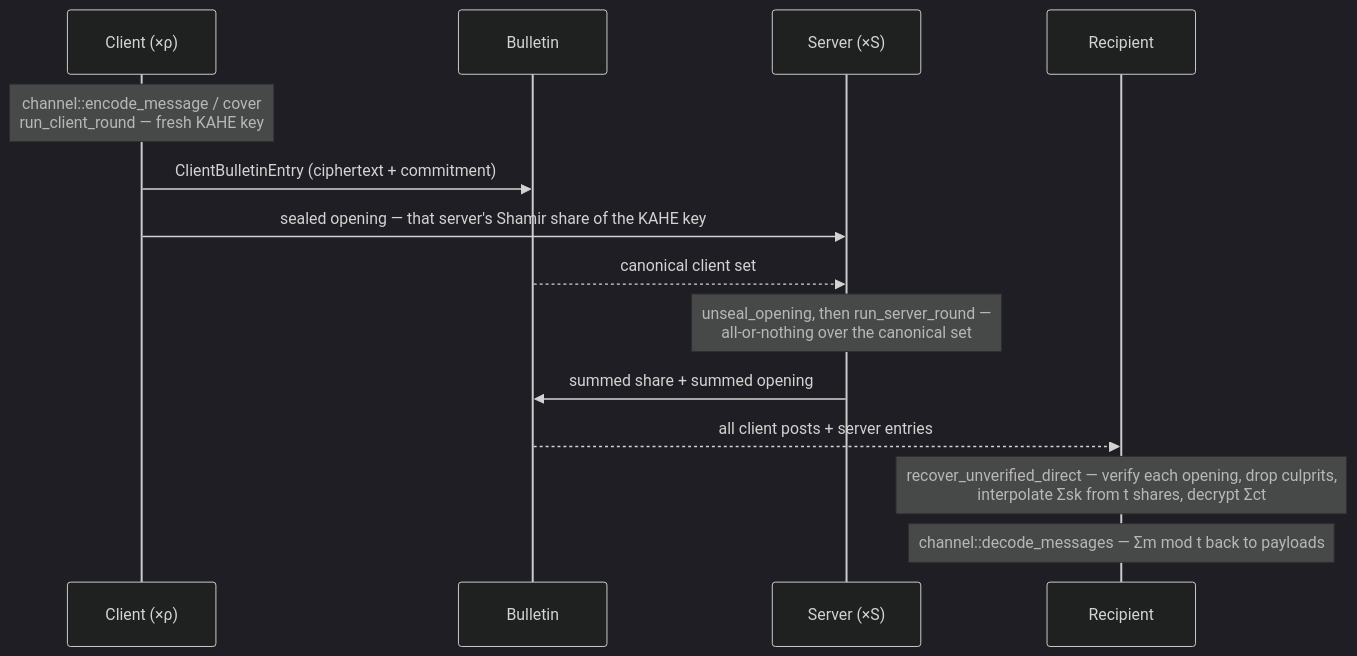
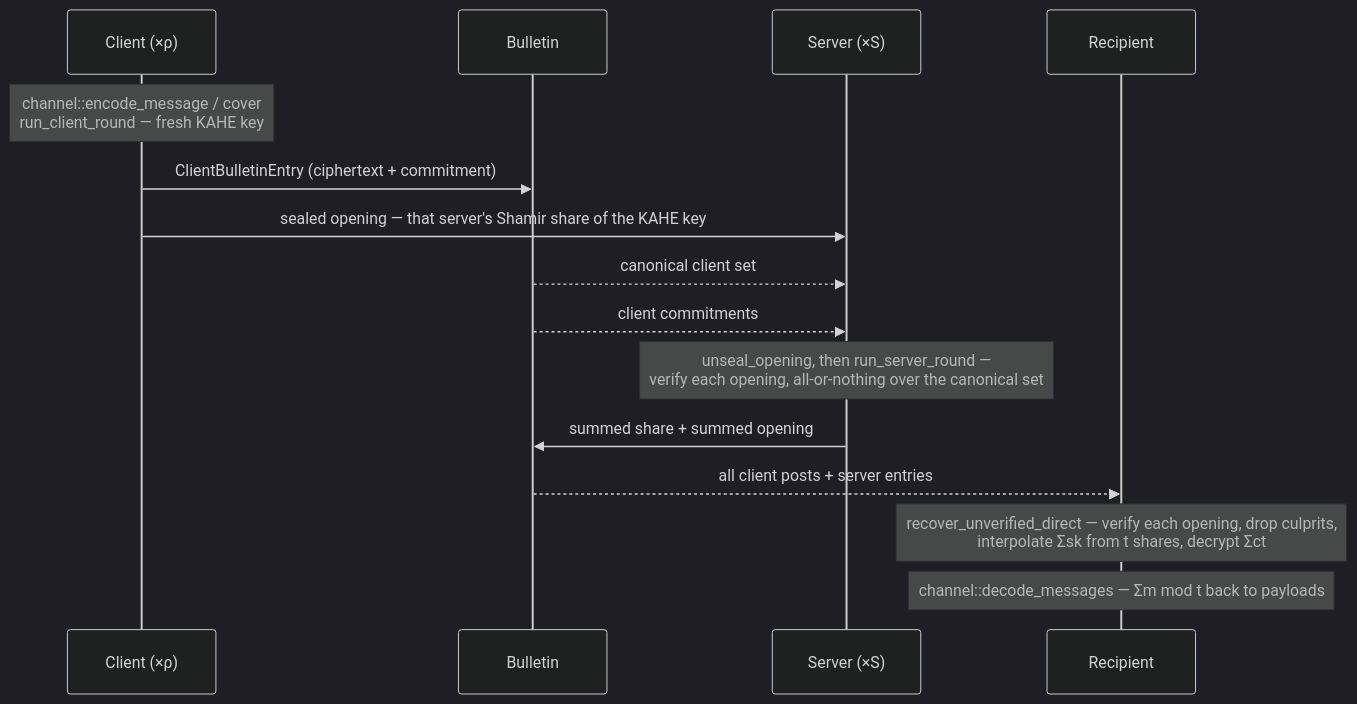
Before and after one commit to flashbots/panetiere: the second of 2 diagrams in README.md, drawn with Mermaid (dark theme). The commit also changed other lines of this file and 10 other files, not shown here.

First line of the commit message:
fix: servers verify each client's opening before summing (#10)

````diff
--- a/README.md
+++ b/README.md
@@ -121,17 +121,18 @@
 ```mermaid
 sequenceDiagram
     participant C as Client (×ρ)
     participant B as Bulletin
     participant S as Server (×S)
     participant R as Recipient
 
     Note over C: channel::encode_message / cover<br/>run_client_round — fresh KAHE key
     C->>B: ClientBulletinEntry (ciphertext + commitment)
     C->>S: sealed opening — that server's Shamir share of the KAHE key
     B-->>S: canonical client set
-    Note over S: unseal_opening, then run_server_round —<br/>all-or-nothing over the canonical set
+    B-->>S: client commitments
+    Note over S: unseal_opening, then run_server_round —<br/>verify each opening, all-or-nothing over the canonical set
     S->>B: summed share + summed opening
     B-->>R: all client posts + server entries
     Note over R: recover_unverified_direct — verify each opening, drop culprits,<br/>interpolate Σsk from t shares, decrypt Σct
     Note over R: channel::decode_messages — Σm mod t back to payloads
 ```
````
